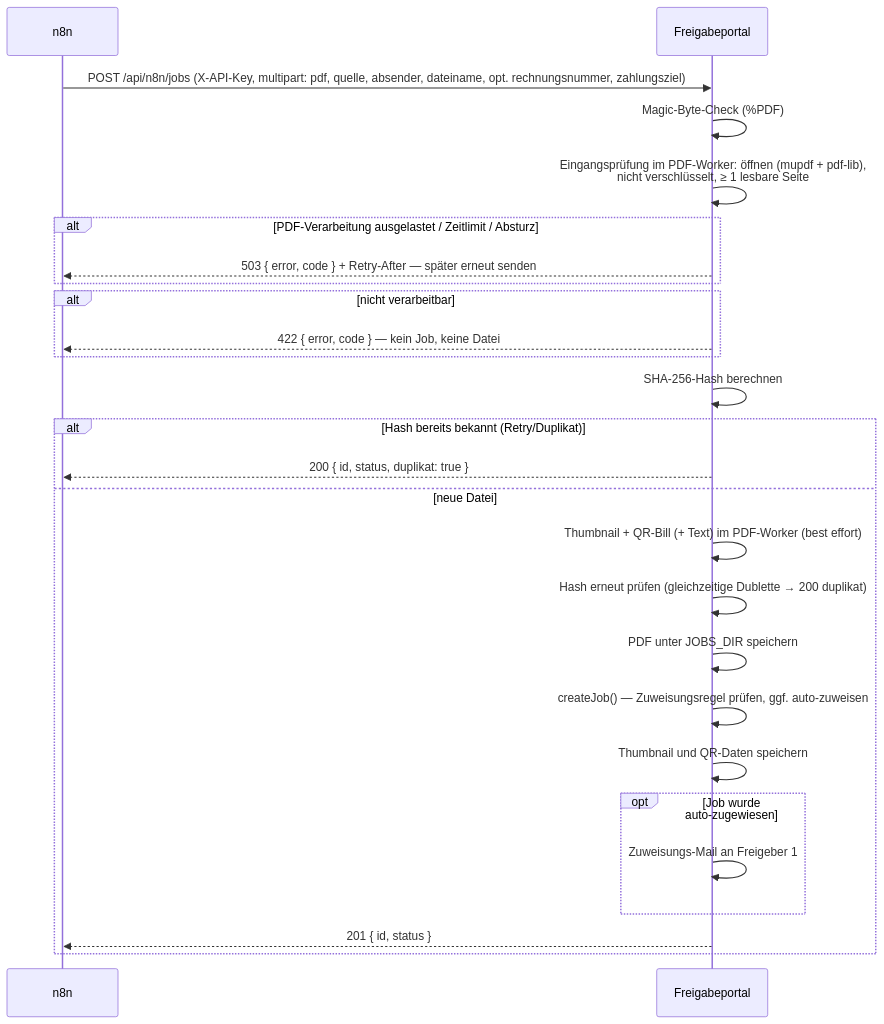
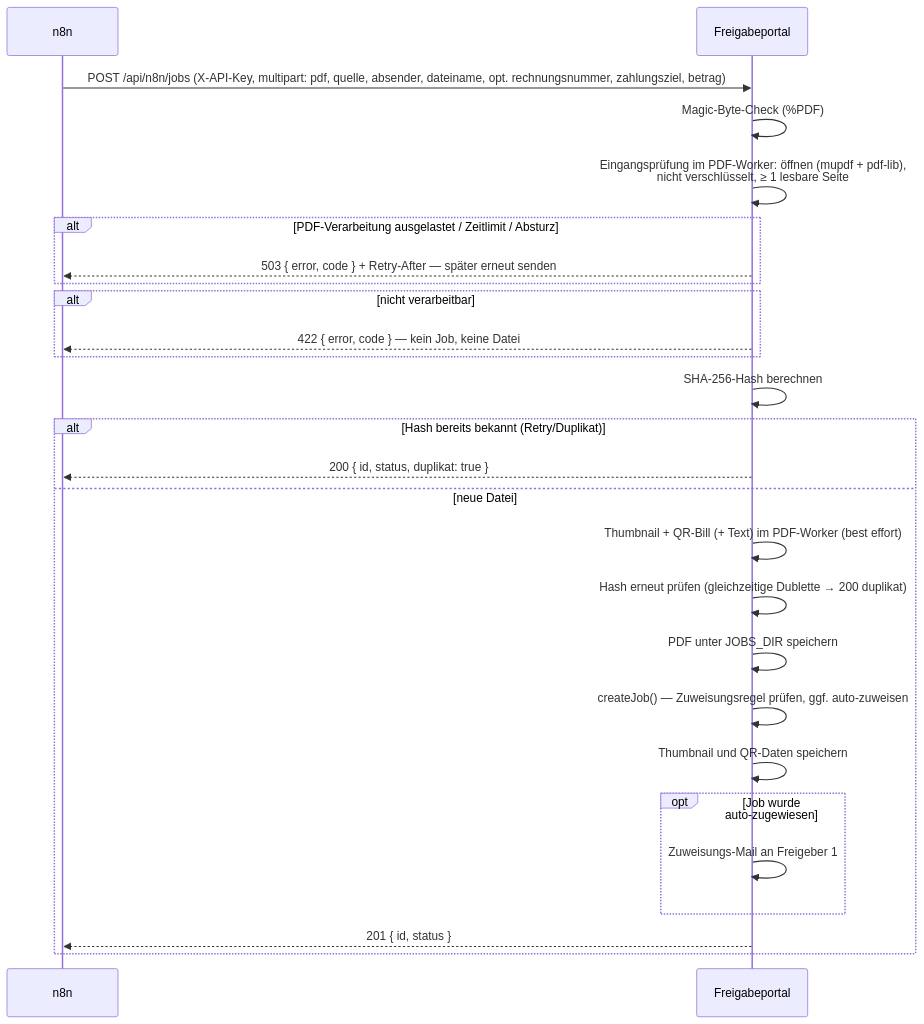
The first of 3 diagrams in docs/n8n-schnittstelle.md (rony326/freigabeportal), drawn with Mermaid before and after one commit. The commit also changed other lines of this file and 28 other files, not shown here.

First line of the commit message:
feat: Lieferant, Rechnungsnummer und Betrag schon vor der Kontierung anzeigen (Version 1.4.6)

````diff
--- a/docs/n8n-schnittstelle.md
+++ b/docs/n8n-schnittstelle.md
@@ -16,29 +16,29 @@
 ```mermaid
 sequenceDiagram
     participant n8n
     participant P as Freigabeportal
 
-    n8n->>P: POST /api/n8n/jobs (X-API-Key, multipart: pdf, quelle, absender, dateiname, opt. rechnungsnummer, zahlungsziel)
+    n8n->>P: POST /api/n8n/jobs (X-API-Key, multipart: pdf, quelle, absender, dateiname, opt. rechnungsnummer, zahlungsziel, betrag)
     P->>P: Magic-Byte-Check (%PDF)
     P->>P: Eingangsprüfung im PDF-Worker: öffnen (mupdf + pdf-lib),<br/>nicht verschlüsselt, ≥ 1 lesbare Seite
     alt PDF-Verarbeitung ausgelastet / Zeitlimit / Absturz
         P-->>n8n: 503 { error, code } + Retry-After — später erneut senden
     end
     alt nicht verarbeitbar
         P-->>n8n: 422 { error, code } — kein Job, keine Datei
     end
     P->>P: SHA-256-Hash berechnen
     alt Hash bereits bekannt (Retry/Duplikat)
         P-->>n8n: 200 { id, status, duplikat: true }
     else neue Datei
         P->>P: Thumbnail + QR-Bill (+ Text) im PDF-Worker (best effort)
         P->>P: Hash erneut prüfen (gleichzeitige Dublette → 200 duplikat)
         P->>P: PDF unter JOBS_DIR speichern
         P->>P: createJob() — Zuweisungsregel prüfen, ggf. auto-zuweisen
         P->>P: Thumbnail und QR-Daten speichern
         opt Job wurde auto-zugewiesen
             P->>P: Zuweisungs-Mail an Freigeber 1
         end
         P-->>n8n: 201 { id, status }
     end
 ```
````
